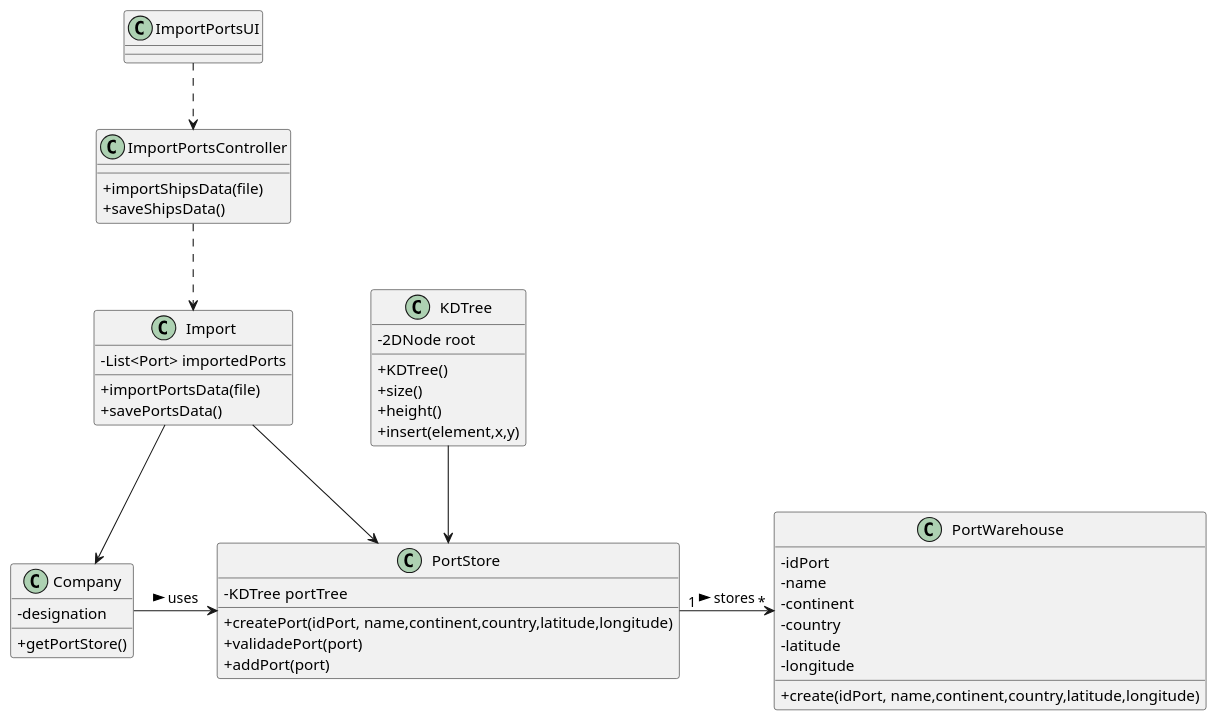
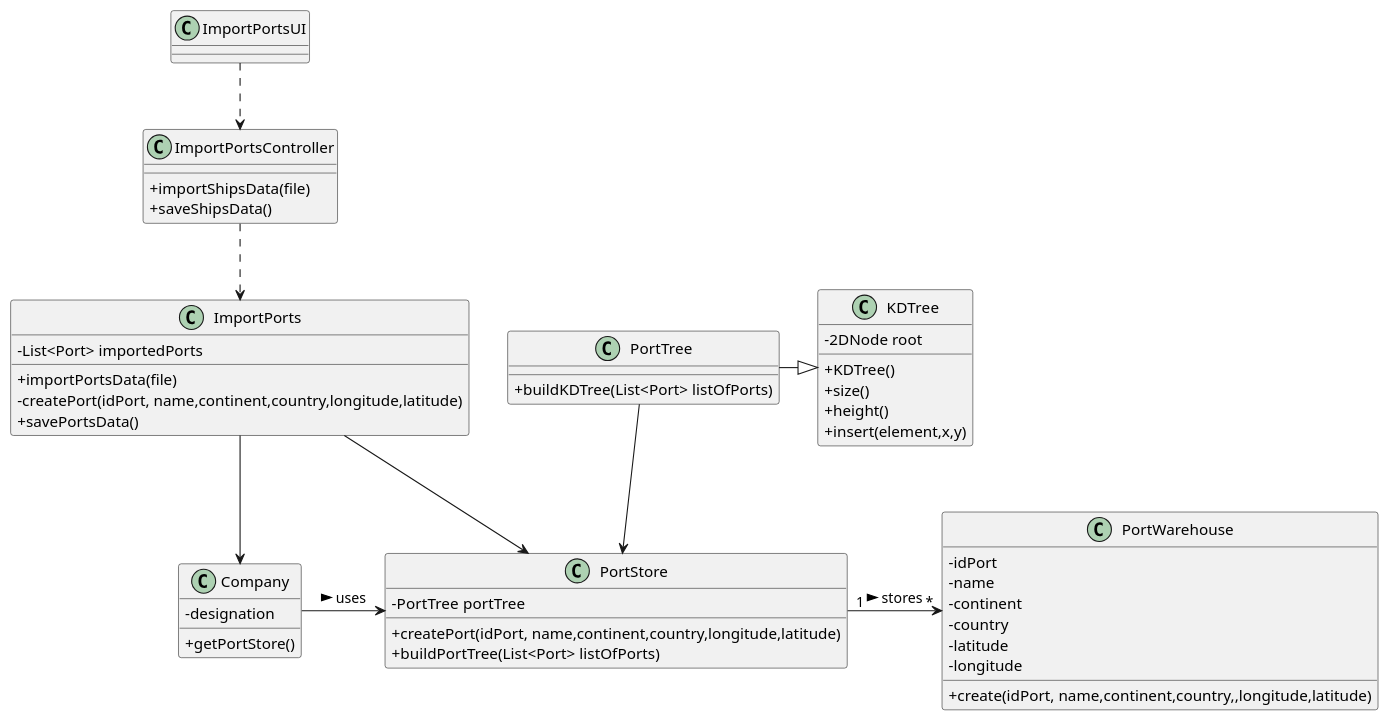
The diagram in docs/Sprint2/US201/US201_CD.puml (mpoboas/lapr3-2021-g102), drawn with PlantUML before and after one commit. The commit also changed 11 other files, not shown here.

Commit message:
<G0102-35> Import Ports - Final Commits

```diff
--- a/docs/Sprint2/US201/US201_CD.puml
+++ b/docs/Sprint2/US201/US201_CD.puml
@@ -1,59 +1,61 @@
 @startuml
 skinparam classAttributeIconSize 0
 
 class Company {
 -designation
 +getPortStore()
 }
 class ImportPortsController {
 +importShipsData(file)
 +saveShipsData()
 }
 
 class ImportPortsUI {
 }
 
-class Import{
+class ImportPorts{
 -List<Port> importedPorts
 +importPortsData(file)
+-createPort(idPort, name,continent,country,longitude,latitude)
 +savePortsData()
 }
 
 class PortStore{
--KDTree portTree
-+createPort(idPort, name,continent,country,latitude,longitude)
-+validadePort(port)
-+addPort(port)
+-PortTree portTree
++createPort(idPort, name,continent,country,longitude,latitude)
++buildPortTree(List<Port> listOfPorts)
 }
 
 class PortWarehouse{
 -idPort
 -name
 -continent
 -country
 -latitude
 -longitude
-+create(idPort, name,continent,country,latitude,longitude)
++create(idPort, name,continent,country,,longitude,latitude)
 }
 
-
+class PortTree{
++buildKDTree(List<Port> listOfPorts)
+}
 class KDTree{
 -2DNode root
 +KDTree()
 +size()
 +height()
 +insert(element,x,y)
 }
 
 ImportPortsUI ..> ImportPortsController
-ImportPortsController ..> Import
-Import --> Company
-Import -> PortStore
+ImportPortsController ..> ImportPorts
+ImportPorts --> Company
+ImportPorts -> PortStore
 Company -> PortStore : uses >
 PortStore "1" ->  "*" PortWarehouse: stores >
 
 
-KDTree --> PortStore
-
+PortTree --> PortStore
+ PortTree -|> KDTree
 
 @enduml
```
